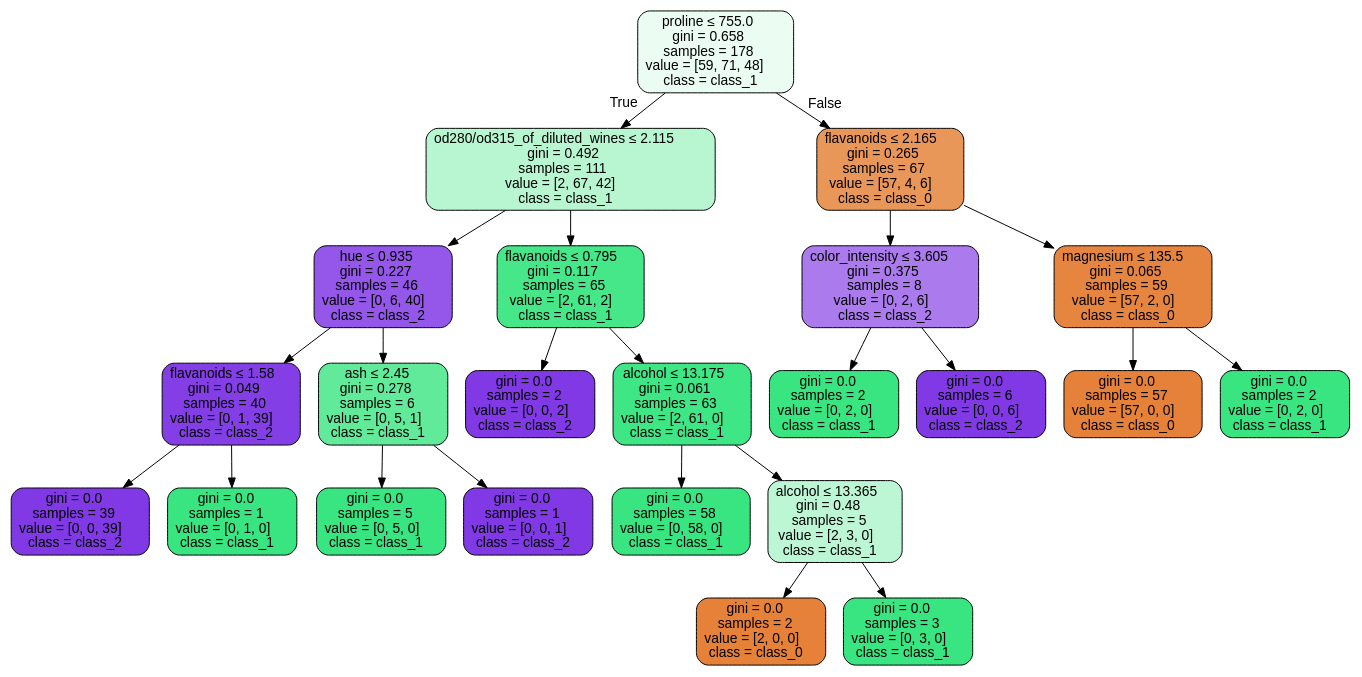
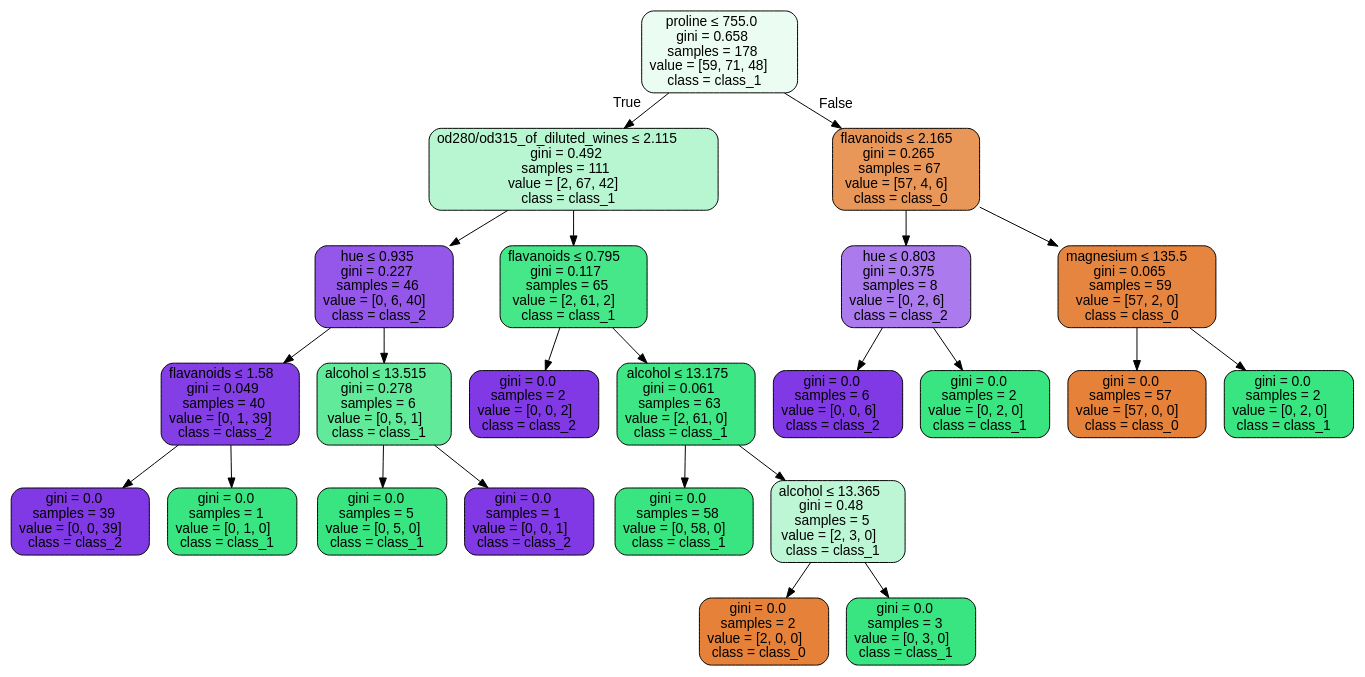
Before and after one commit to lynstanford/machine-learning-projects: the diagram in machine-learning/wine.dot, drawn with Graphviz. The commit also changed 8 other files, not shown here.

```diff
--- a/machine-learning/wine.dot
+++ b/machine-learning/wine.dot
@@ -1,49 +1,49 @@
 digraph Tree {
 node [shape=box, style="filled, rounded", color="black", fontname="helvetica"] ;
 edge [fontname="helvetica"] ;
 0 [label=<proline &le; 755.0<br/>gini = 0.658<br/>samples = 178<br/>value = [59, 71, 48]<br/>class = class_1>, fillcolor="#ebfcf2"] ;
 1 [label=<od280/od315_of_diluted_wines &le; 2.115<br/>gini = 0.492<br/>samples = 111<br/>value = [2, 67, 42]<br/>class = class_1>, fillcolor="#b7f6d1"] ;
 0 -> 1 [labeldistance=2.5, labelangle=45, headlabel="True"] ;
 2 [label=<hue &le; 0.935<br/>gini = 0.227<br/>samples = 46<br/>value = [0, 6, 40]<br/>class = class_2>, fillcolor="#9457e9"] ;
 1 -> 2 ;
 3 [label=<flavanoids &le; 1.58<br/>gini = 0.049<br/>samples = 40<br/>value = [0, 1, 39]<br/>class = class_2>, fillcolor="#843ee6"] ;
 2 -> 3 ;
 4 [label=<gini = 0.0<br/>samples = 39<br/>value = [0, 0, 39]<br/>class = class_2>, fillcolor="#8139e5"] ;
 3 -> 4 ;
 5 [label=<gini = 0.0<br/>samples = 1<br/>value = [0, 1, 0]<br/>class = class_1>, fillcolor="#39e581"] ;
 3 -> 5 ;
-6 [label=<ash &le; 2.45<br/>gini = 0.278<br/>samples = 6<br/>value = [0, 5, 1]<br/>class = class_1>, fillcolor="#61ea9a"] ;
+6 [label=<alcohol &le; 13.515<br/>gini = 0.278<br/>samples = 6<br/>value = [0, 5, 1]<br/>class = class_1>, fillcolor="#61ea9a"] ;
 2 -> 6 ;
 7 [label=<gini = 0.0<br/>samples = 5<br/>value = [0, 5, 0]<br/>class = class_1>, fillcolor="#39e581"] ;
 6 -> 7 ;
 8 [label=<gini = 0.0<br/>samples = 1<br/>value = [0, 0, 1]<br/>class = class_2>, fillcolor="#8139e5"] ;
 6 -> 8 ;
 9 [label=<flavanoids &le; 0.795<br/>gini = 0.117<br/>samples = 65<br/>value = [2, 61, 2]<br/>class = class_1>, fillcolor="#46e789"] ;
 1 -> 9 ;
 10 [label=<gini = 0.0<br/>samples = 2<br/>value = [0, 0, 2]<br/>class = class_2>, fillcolor="#8139e5"] ;
 9 -> 10 ;
 11 [label=<alcohol &le; 13.175<br/>gini = 0.061<br/>samples = 63<br/>value = [2, 61, 0]<br/>class = class_1>, fillcolor="#3fe685"] ;
 9 -> 11 ;
 12 [label=<gini = 0.0<br/>samples = 58<br/>value = [0, 58, 0]<br/>class = class_1>, fillcolor="#39e581"] ;
 11 -> 12 ;
 13 [label=<alcohol &le; 13.365<br/>gini = 0.48<br/>samples = 5<br/>value = [2, 3, 0]<br/>class = class_1>, fillcolor="#bdf6d5"] ;
 11 -> 13 ;
 14 [label=<gini = 0.0<br/>samples = 2<br/>value = [2, 0, 0]<br/>class = class_0>, fillcolor="#e58139"] ;
 13 -> 14 ;
 15 [label=<gini = 0.0<br/>samples = 3<br/>value = [0, 3, 0]<br/>class = class_1>, fillcolor="#39e581"] ;
 13 -> 15 ;
 16 [label=<flavanoids &le; 2.165<br/>gini = 0.265<br/>samples = 67<br/>value = [57, 4, 6]<br/>class = class_0>, fillcolor="#e99659"] ;
 0 -> 16 [labeldistance=2.5, labelangle=-45, headlabel="False"] ;
-17 [label=<color_intensity &le; 3.605<br/>gini = 0.375<br/>samples = 8<br/>value = [0, 2, 6]<br/>class = class_2>, fillcolor="#ab7bee"] ;
+17 [label=<hue &le; 0.803<br/>gini = 0.375<br/>samples = 8<br/>value = [0, 2, 6]<br/>class = class_2>, fillcolor="#ab7bee"] ;
 16 -> 17 ;
-18 [label=<gini = 0.0<br/>samples = 2<br/>value = [0, 2, 0]<br/>class = class_1>, fillcolor="#39e581"] ;
+18 [label=<gini = 0.0<br/>samples = 6<br/>value = [0, 0, 6]<br/>class = class_2>, fillcolor="#8139e5"] ;
 17 -> 18 ;
-19 [label=<gini = 0.0<br/>samples = 6<br/>value = [0, 0, 6]<br/>class = class_2>, fillcolor="#8139e5"] ;
+19 [label=<gini = 0.0<br/>samples = 2<br/>value = [0, 2, 0]<br/>class = class_1>, fillcolor="#39e581"] ;
 17 -> 19 ;
 20 [label=<magnesium &le; 135.5<br/>gini = 0.065<br/>samples = 59<br/>value = [57, 2, 0]<br/>class = class_0>, fillcolor="#e68540"] ;
 16 -> 20 ;
 21 [label=<gini = 0.0<br/>samples = 57<br/>value = [57, 0, 0]<br/>class = class_0>, fillcolor="#e58139"] ;
 20 -> 21 ;
 22 [label=<gini = 0.0<br/>samples = 2<br/>value = [0, 2, 0]<br/>class = class_1>, fillcolor="#39e581"] ;
 20 -> 22 ;
 }
```
